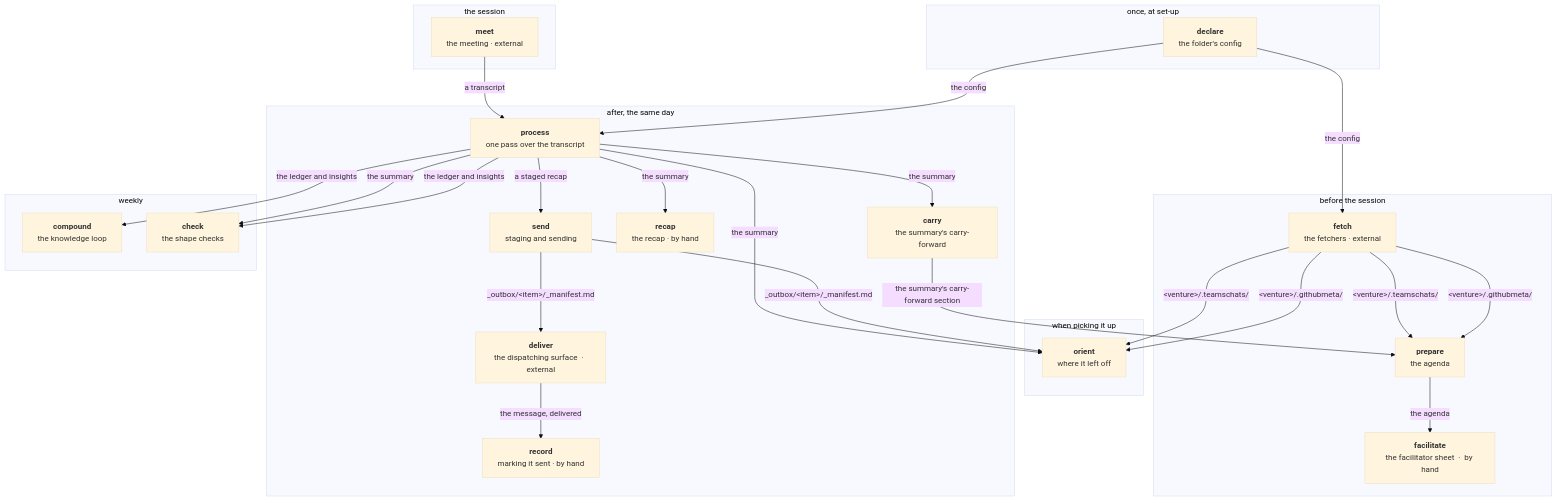
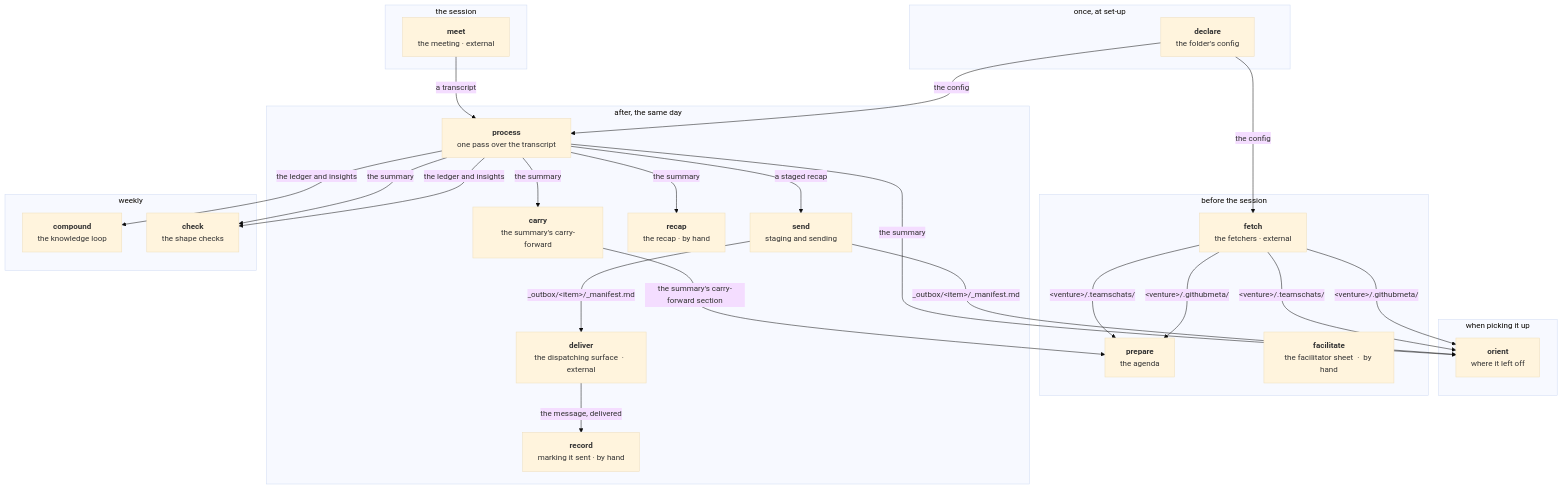
One commit to tandregbg/core-claude-skills changed the diagram in README.md. Above: the diagram before and after it, drawn with Mermaid (base theme).

Commit message:
docs(README): re-render the working loop from ecosystem.yaml

````diff
--- a/README.md
+++ b/README.md
@@ -37,49 +37,48 @@
 ```mermaid
 graph TB
     subgraph p0["when picking it up"]
         orient["<b>orient</b><br/>where it left off"]
     end
     subgraph p1["once, at set-up"]
         declare["<b>declare</b><br/>the folder's config"]
     end
     subgraph p2["before the session"]
         fetch["<b>fetch</b><br/>the fetchers  ·  external"]
         prepare["<b>prepare</b><br/>the agenda"]
         facilitate["<b>facilitate</b><br/>the facilitator sheet  ·  by hand"]
     end
     subgraph p3["the session"]
         meet["<b>meet</b><br/>the meeting  ·  external"]
     end
     subgraph p4["after, the same day"]
         process["<b>process</b><br/>one pass over the transcript"]
         carry["<b>carry</b><br/>the summary's carry-forward"]
         recap["<b>recap</b><br/>the recap  ·  by hand"]
         send["<b>send</b><br/>staging and sending"]
         deliver["<b>deliver</b><br/>the dispatching surface  ·  external"]
         record["<b>record</b><br/>marking it sent  ·  by hand"]
     end
     subgraph p5["weekly"]
         compound["<b>compound</b><br/>the knowledge loop"]
         check["<b>check</b><br/>the shape checks"]
     end
 
     process -->|the summary| orient
     send -->|_outbox/&lt;item&gt;/_manifest.md| orient
     fetch -->|&lt;venture&gt;/.teamschats/| orient
     fetch -->|&lt;venture&gt;/.githubmeta/| orient
     declare -->|the config| fetch
     fetch -->|&lt;venture&gt;/.teamschats/| prepare
     fetch -->|&lt;venture&gt;/.githubmeta/| prepare
     carry -->|the summary's carry-forward section| prepare
-    prepare -->|the agenda| facilitate
     meet -->|a transcript| process
     declare -->|the config| process
     process -->|the summary| carry
     process -->|the summary| recap
     process -->|a staged recap| send
     send -->|_outbox/&lt;item&gt;/_manifest.md| deliver
     deliver -->|the message, delivered| record
     process -->|the ledger and insights| compound
     process -->|the summary| check
     process -->|the ledger and insights| check
 ```
````
